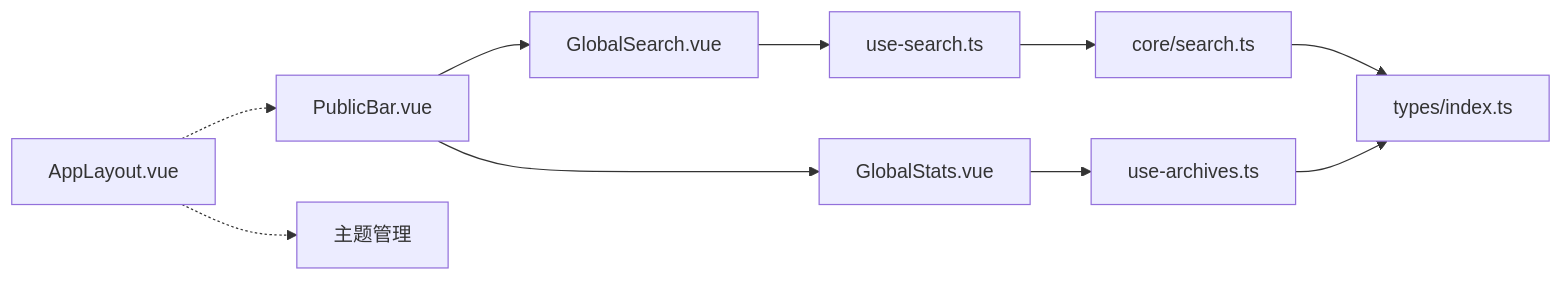
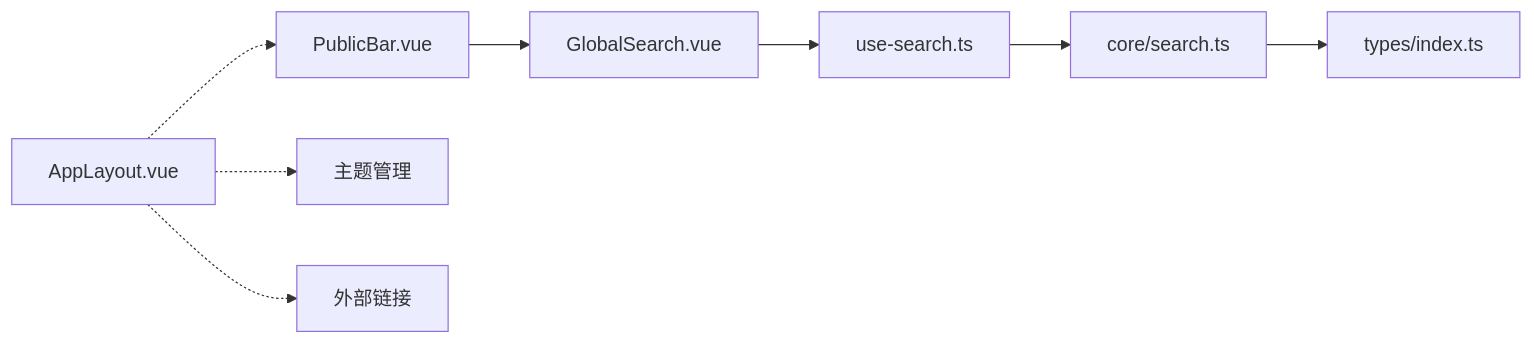
One commit to taoweidong/Hello-Tauri changed the seventh of 7 diagrams in .qoder/repowiki/zh/content/用户界面/核心组件/公共栏组件.md. Above: the diagram before and after it, drawn with Mermaid. The commit also changed other lines of this file and 14 other files, not shown here.

````diff
--- a/.qoder/repowiki/zh/content/用户界面/核心组件/公共栏组件.md
+++ b/.qoder/repowiki/zh/content/用户界面/核心组件/公共栏组件.md
@@ -290,12 +269,10 @@
 ```mermaid
 graph LR
-PB["PublicBar.vue"] --> GS["GlobalStats.vue"]
-PB --> GLS["GlobalSearch.vue"]
+PB["PublicBar.vue"] --> GLS["GlobalSearch.vue"]
 GLS --> US["use-search.ts"]
 US --> SRCH["core/search.ts"]
-GS --> UA["use-archives.ts"]
 SRCH --> TY["types/index.ts"]
-UA --> TY
 AL["AppLayout.vue"] -.-> PB
 AL -.-> THM["主题管理"]
+AL -.-> EXT["外部链接"]
 ```
````
